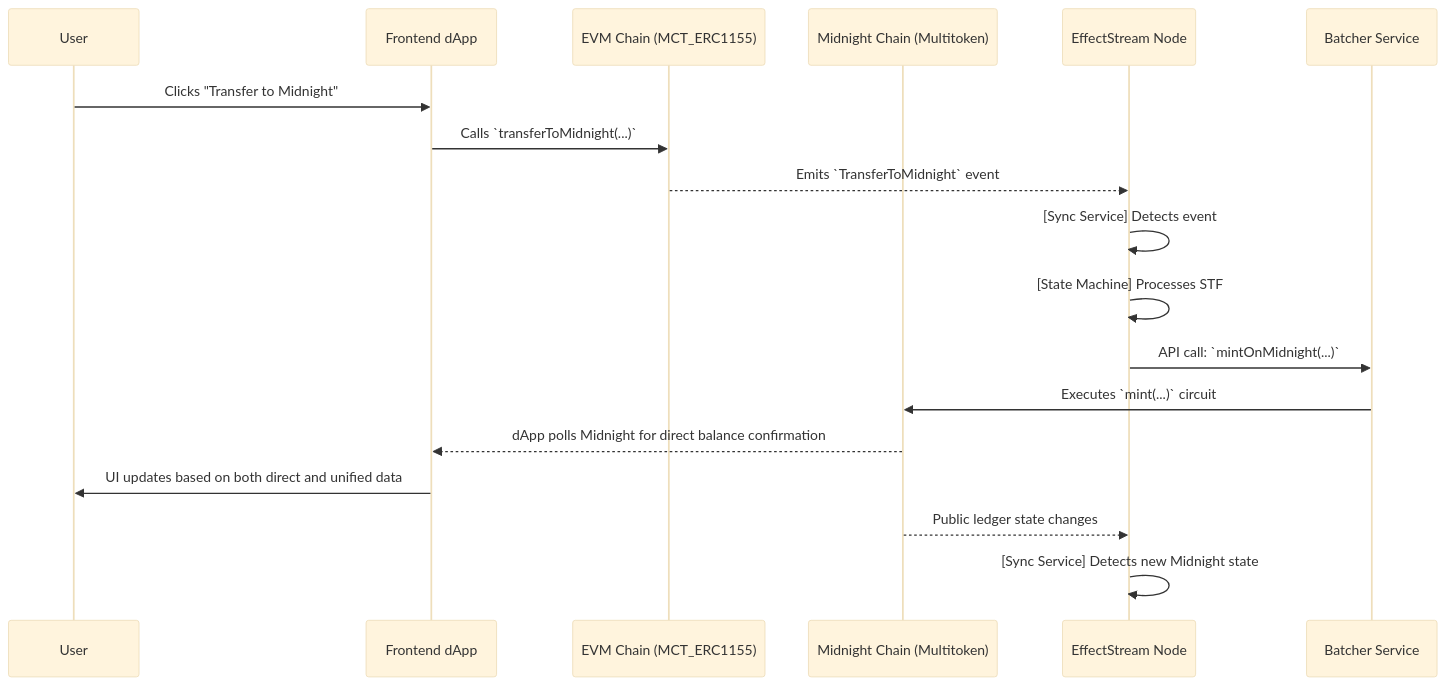
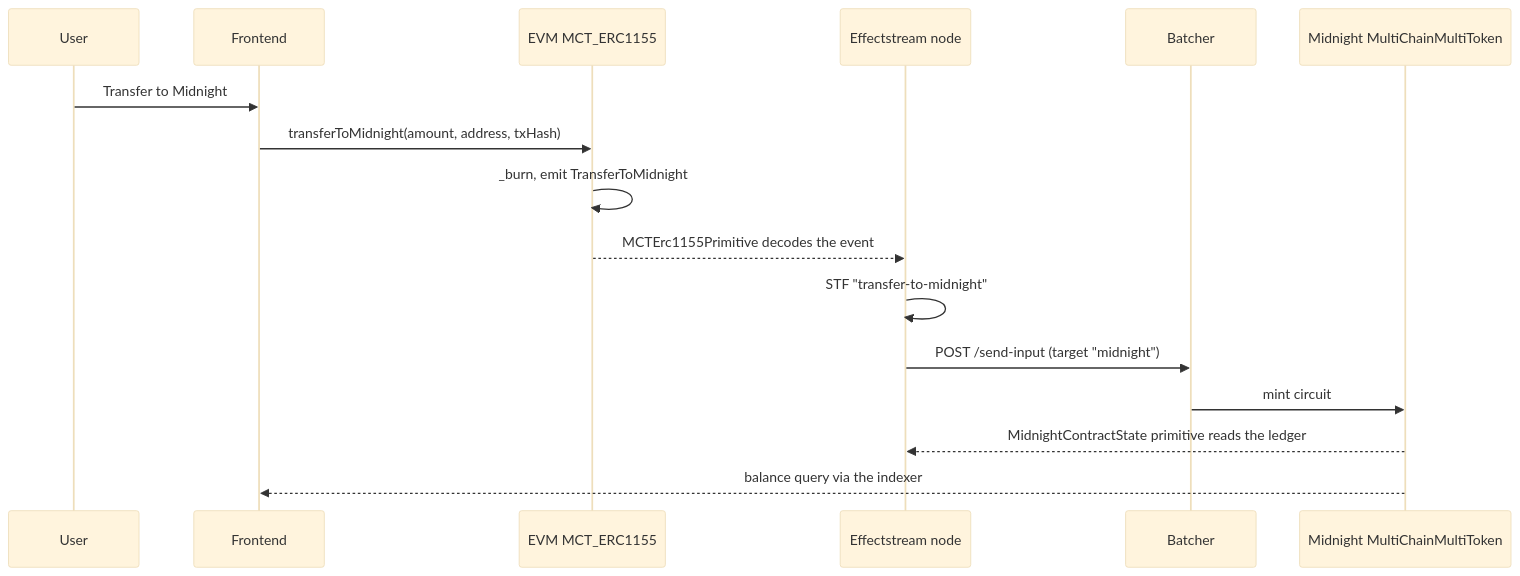
The diagram in docs/site/docs/home/1200-templates/1204-multi-chain-swap.md (effectstream/effectstream), drawn with Mermaid (base theme) before and after one commit. The commit also changed other lines of this file and 33 other files, not shown here.

````diff
--- a/docs/site/docs/home/1200-templates/1204-multi-chain-swap.md
+++ b/docs/site/docs/home/1200-templates/1204-multi-chain-swap.md
@@ -56,26 +269,19 @@
 ```mermaid
 sequenceDiagram
     participant User
-    participant Frontend dApp
-    participant EVM Chain (MCT_ERC1155)
-    participant Midnight Chain (Multitoken)
-    participant EffectStream Node
-    participant Batcher Service
+    participant Frontend
+    participant EVM as EVM MCT_ERC1155
+    participant Node as Effectstream node
+    participant Batcher
+    participant MN as Midnight MultiChainMultiToken
 
-    User->>Frontend dApp: Clicks "Transfer to Midnight"
-    Frontend dApp->>EVM Chain (MCT_ERC1155): Calls `transferToMidnight(...)`
-    EVM Chain (MCT_ERC1155)-->>EffectStream Node: Emits `TransferToMidnight` event
-
-    EffectStream Node->>EffectStream Node: [Sync Service] Detects event
-    EffectStream Node->>EffectStream Node: [State Machine] Processes STF
-    EffectStream Node->>Batcher Service: API call: `mintOnMidnight(...)`
-
-    Batcher Service->>Midnight Chain (Multitoken): Executes `mint(...)` circuit
-
-    Midnight Chain (Multitoken)-->>Frontend dApp: dApp polls Midnight for direct balance confirmation
-    Frontend dApp->>User: UI updates based on both direct and unified data
-
-    Midnight Chain (Multitoken)-->>EffectStream Node: Public ledger state changes
-
-    EffectStream Node->>EffectStream Node: [Sync Service] Detects new Midnight state
+    User->>Frontend: Transfer to Midnight
+    Frontend->>EVM: transferToMidnight(amount, address, txHash)
+    EVM->>EVM: _burn, emit TransferToMidnight
+    EVM-->>Node: MCTErc1155Primitive decodes the event
+    Node->>Node: STF "transfer-to-midnight"
+    Node->>Batcher: POST /send-input (target "midnight")
+    Batcher->>MN: mint circuit
+    MN-->>Node: MidnightContractState primitive reads the ledger
+    MN-->>Frontend: balance query via the indexer
 ```
````
